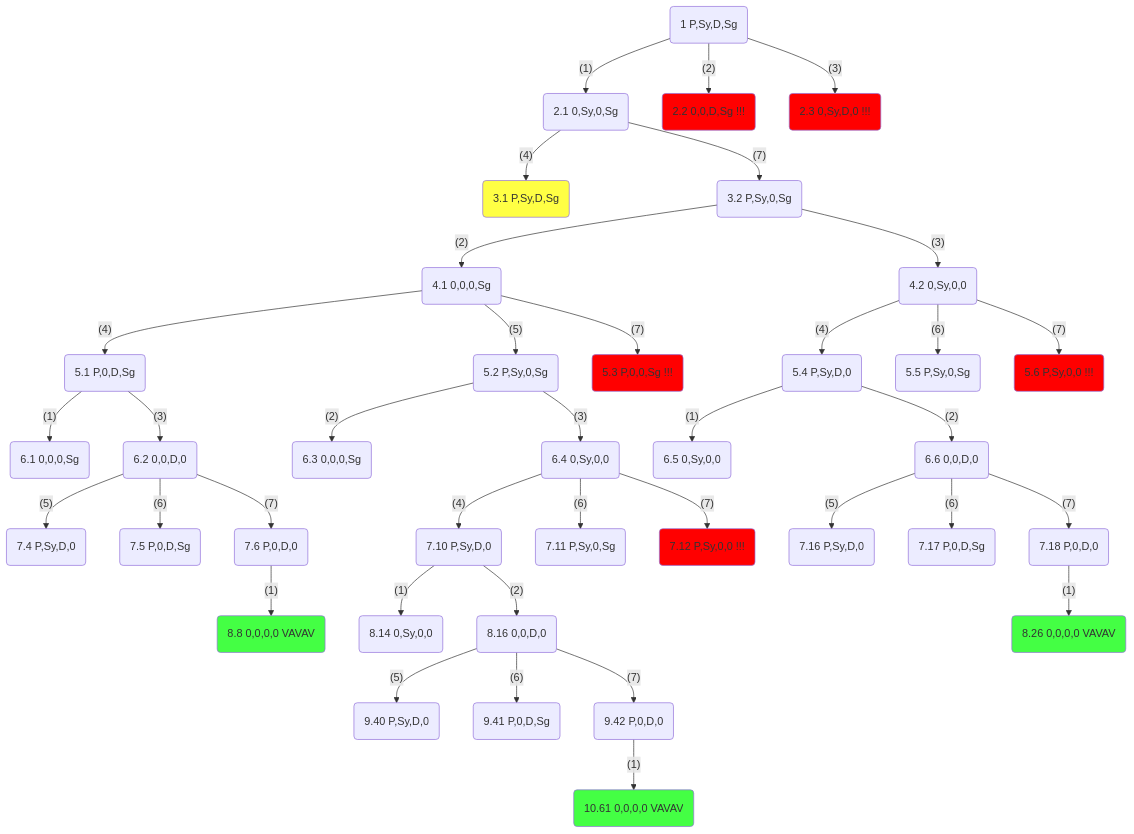
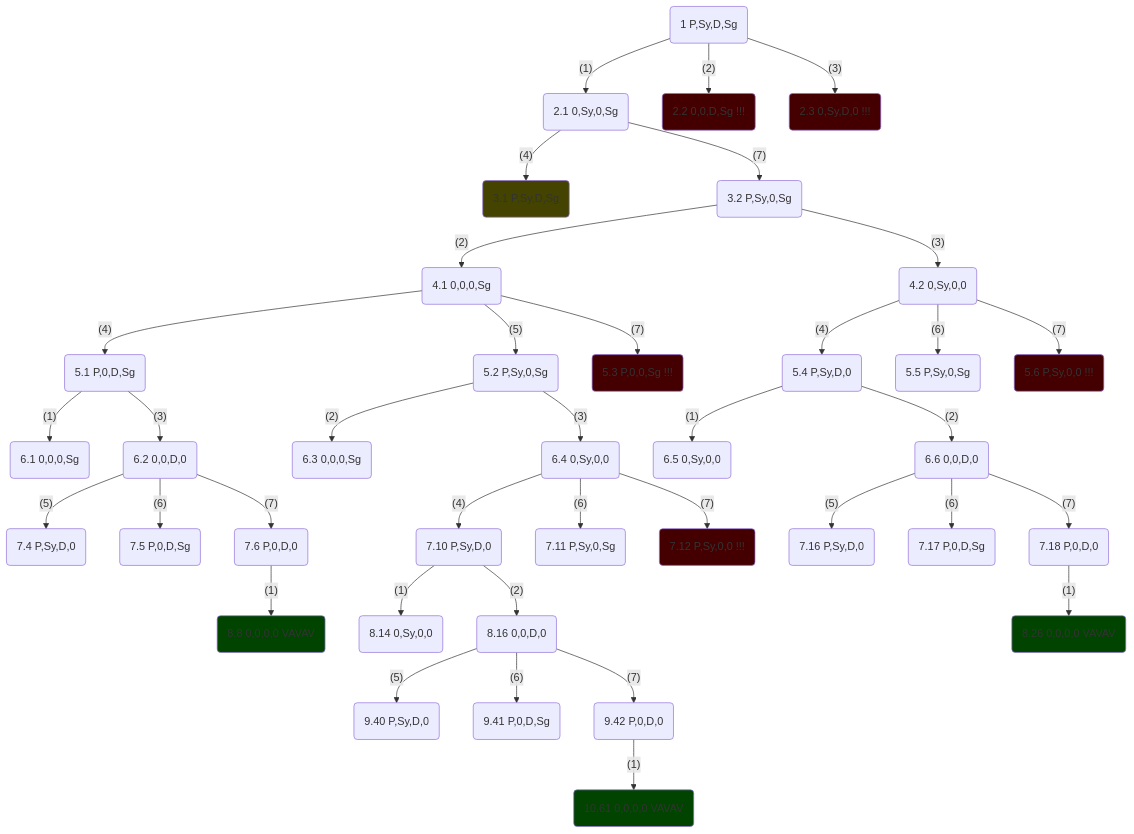
Before and after one commit to fritzm19/TIK2022-AI-E: the second of 2 diagrams in Tugas1_AI_E.md, drawn with Mermaid. The commit also changed other lines of this file, not shown here.

Commit message:
Update Tugas1_AI_E.md
Darkening the background color for the labeled nodes for better readability on a Dark Themed display

````diff
--- a/Tugas1_AI_E.md
+++ b/Tugas1_AI_E.md
@@ -413,13 +413,12 @@
   
   %%%%%%%%%%%%%%%%%%%%%%%%%%%%%%%%%%%%%%%%%%%%%%%%%%;
   
-  classDef stop fill:#F00;
-  class 2.2,2.3,5.3,5.6,7.3,7.9,7.12,7.15,7.21,7.24 stop;
-
-  classDef solution fill:#4F4;
-  class 8.9,8.26,10.9,10.26,10.35,10.44,10.61 solution;
-  
-  classDef initState fill:#FF4;
-  class 3.1 initState;
-
+  classDef stop fill:#400;
+	class 2.2,2.3,5.3,5.6,7.3,7.9,7.12,7.15,7.21,7.24 stop
+	
+	classDef solution fill:#040;
+	class 8.9,8.26,10.9,10.26,10.35,10.44,10.61 solution
+	
+	classDef initState fill:#440;
+	class 3.1 initState
 ```
````
